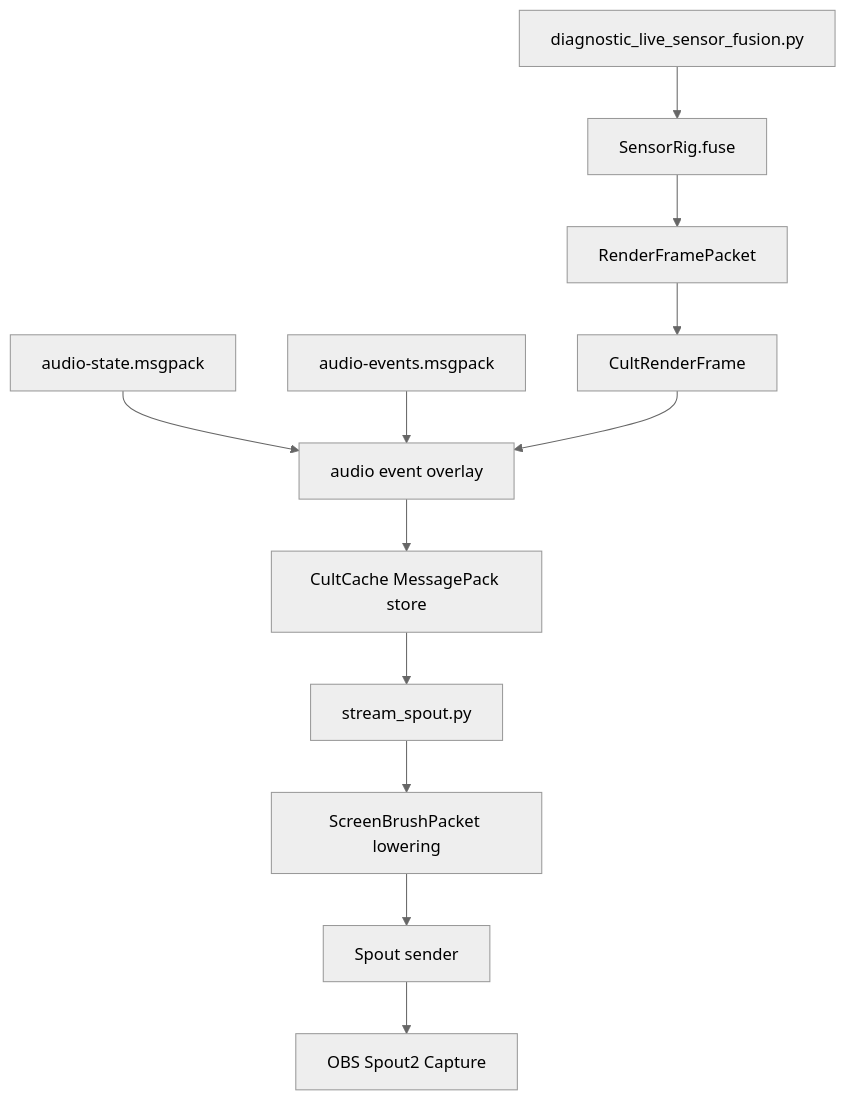
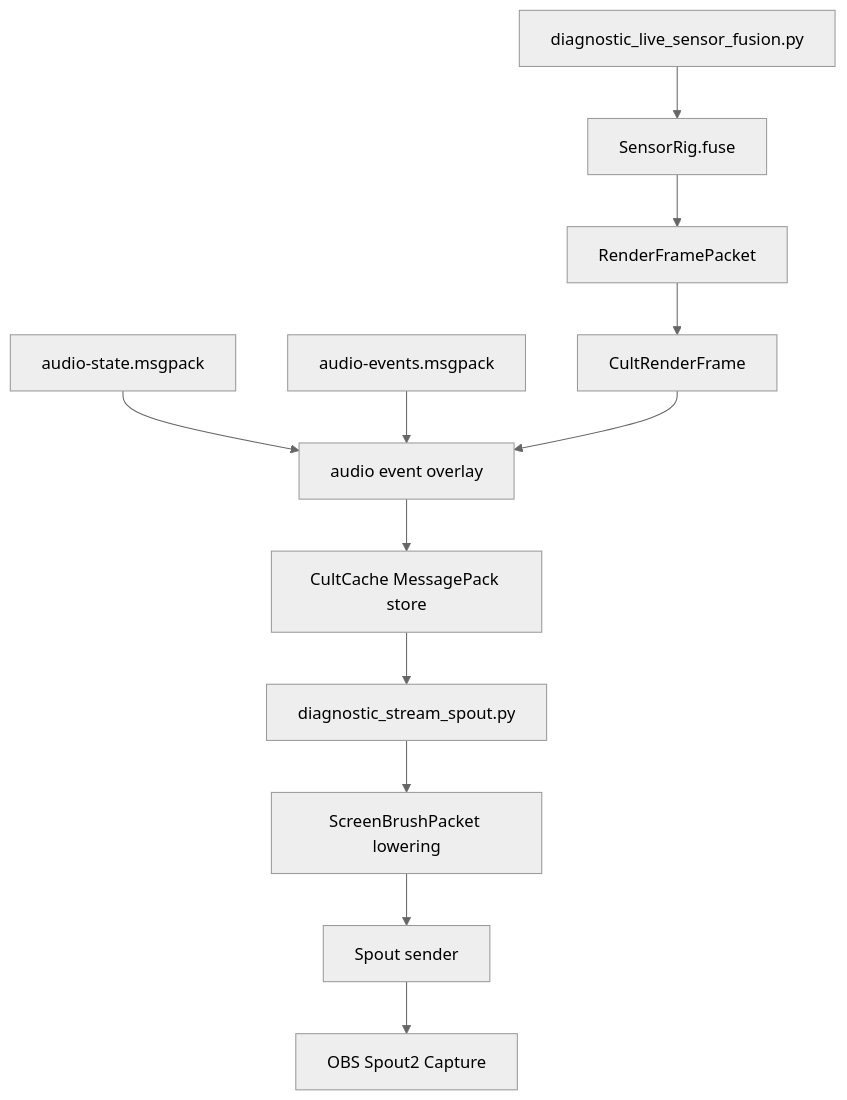
One commit to GameCult/Mimir changed the diagram in docs/typed-visual-state.md. Above: the diagram before and after it, drawn with Mermaid (neutral theme). The commit also changed other lines of this file and 8 other files, not shown here.

Commit message:
Rename Spout launcher as diagnostic

````diff
--- a/docs/typed-visual-state.md
+++ b/docs/typed-visual-state.md
@@ -11,14 +11,14 @@
 ```mermaid
 flowchart TD
     A["diagnostic_live_sensor_fusion.py"] --> B["SensorRig.fuse"]
     B --> C["RenderFramePacket"]
     C --> D["CultRenderFrame"]
     X["audio-state.msgpack"] --> Y["audio event overlay"]
     Z["audio-events.msgpack"] --> Y
     D --> Y
     Y --> E["CultCache MessagePack store"]
-    E --> F["stream_spout.py"]
+    E --> F["diagnostic_stream_spout.py"]
     F --> G["ScreenBrushPacket lowering"]
     G --> H["Spout sender"]
     H --> I["OBS Spout2 Capture"]
 ```
````
